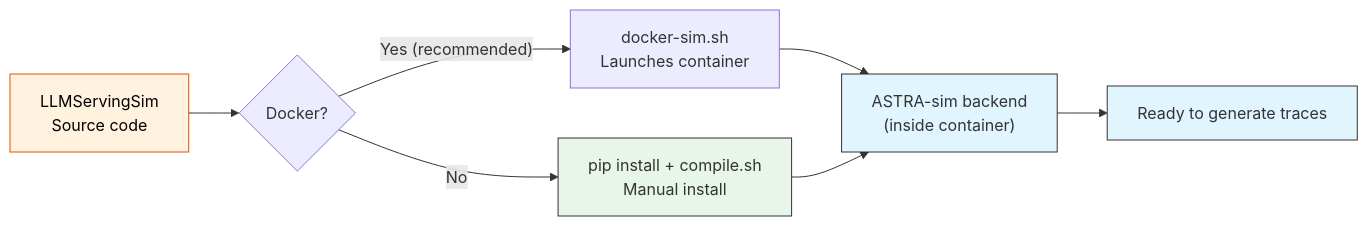
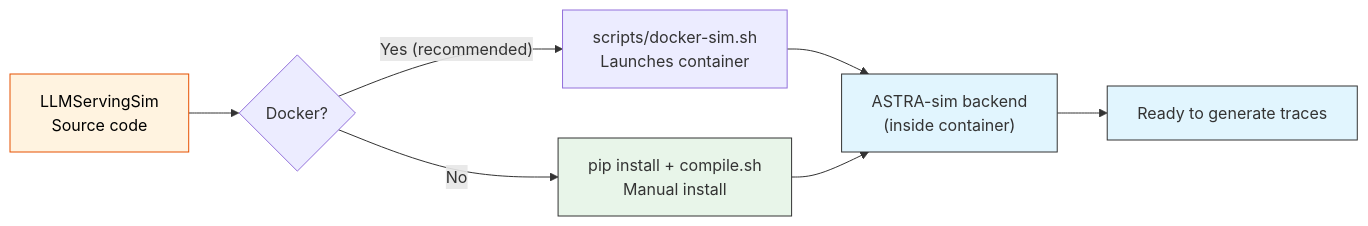
Before and after one commit to Anmol-S314/veritx-research: the tenth of 17 diagrams in tracks/t3-topology/dse/README.md, drawn with Mermaid. The commit also changed other lines of this file and 5 other files, not shown here.

````diff
--- a/tracks/t3-topology/dse/README.md
+++ b/tracks/t3-topology/dse/README.md
@@ -1606,21 +1608,21 @@
 ```mermaid
 flowchart LR
     A["LLMServingSim\nSource code"] --> B{"Docker?"}
-    B -->|"Yes (recommended)"| C["docker-sim.sh\nLaunches container"]
+    B -->|"Yes (recommended)"| C["scripts/docker-sim.sh\nLaunches container"]
     B -->|"No"| D["pip install + compile.sh\nManual install"]
     C --> E["ASTRA-sim backend\n(inside container)"]
     D --> E
     E --> F["Ready to generate traces"]
 
     style D fill:#e8f5e9,stroke:#333
     style E fill:#e1f5fe,stroke:#333
     style F fill:#e1f5fe,stroke:#333
 
 
     classDef input fill:#e1f5fe,stroke:#01579b,color:#000
     classDef cli fill:#e8f5e9,stroke:#2e7d32,color:#000
     classDef sim fill:#fff3e0,stroke:#e65100,color:#000
     classDef api fill:#fce4ec,stroke:#c62828,color:#000
     classDef output fill:#f3e5f5,stroke:#6a1b9a,color:#000
     class A sim
 ```
````
